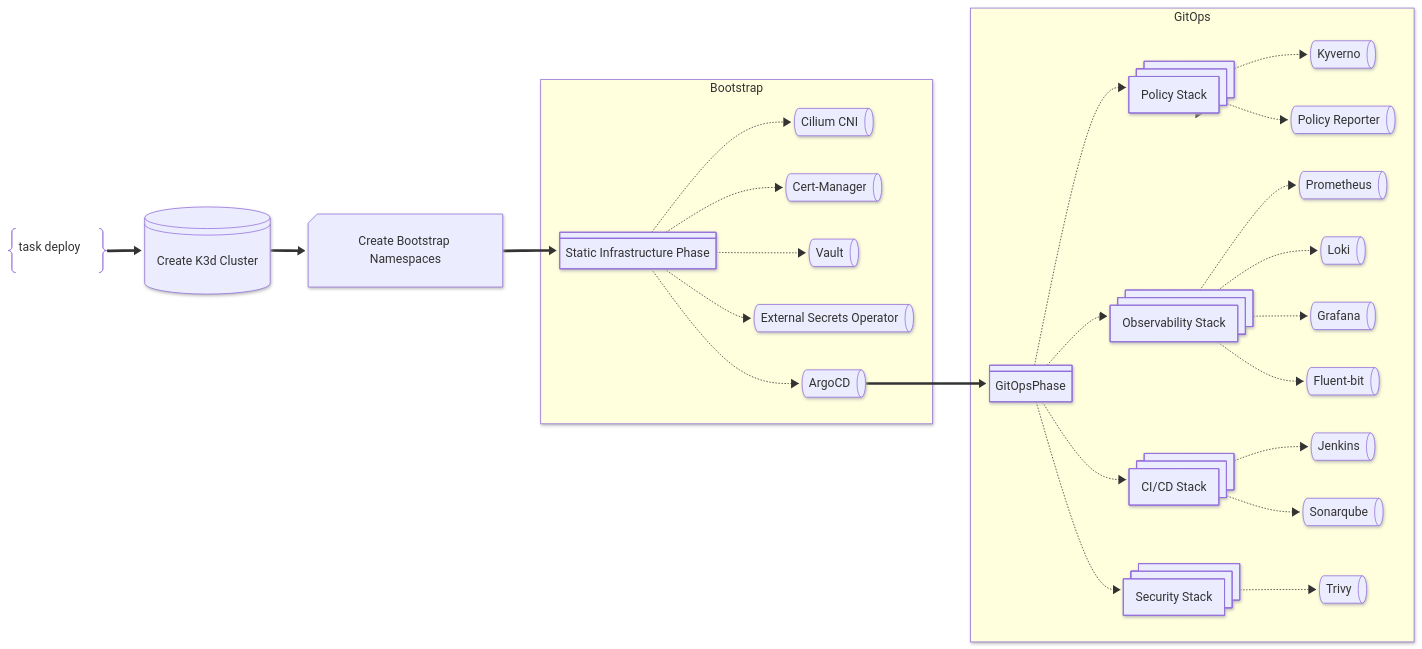
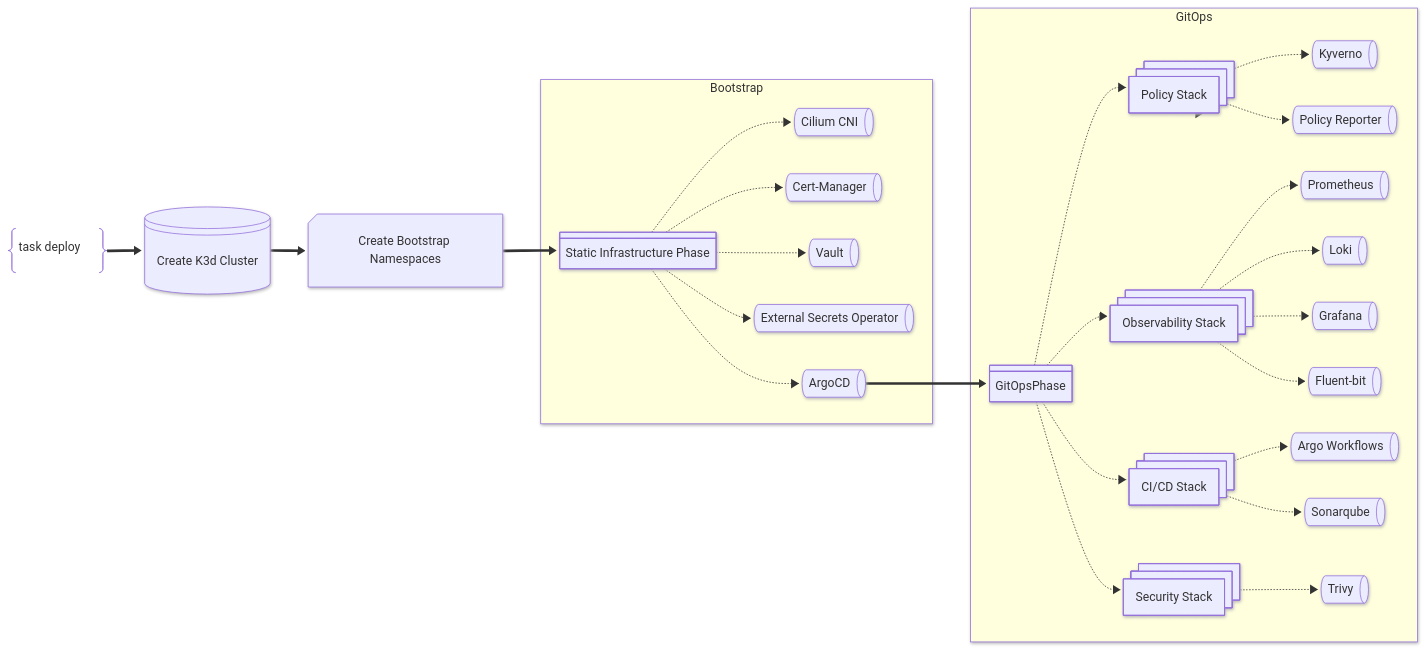
The first of 2 diagrams in README.md (rou-cru/idp-blueprint), drawn with Mermaid before and after one commit. The commit also changed other lines of this file and 10 other files, not shown here.

Commit message:
docs(project): update architecture and developer UX

````diff
--- a/README.md
+++ b/README.md
@@ -72,66 +71,66 @@
 ```mermaid
 ---
 config:
   layout: dagre
   look: neo
 ---
 flowchart LR
  subgraph Bootstrap["Bootstrap"]
         StaticPhase["Static Infrastructure Phase"]
         Cilium["Cilium CNI"]
         CertMgr["Cert-Manager"]
         Vault["Vault"]
         ESO["External Secrets Operator"]
         ArgoCD["ArgoCD"]
   end
  subgraph GitOps["GitOps"]
         GitOpsPhase["GitOpsPhase"]
         PolicyStack["Policy Stack"]
         Kyverno["Kyverno"]
         Reporter["Policy Reporter"]
         Obs["Observability Stack"]
         CICD["CI/CD Stack"]
         Sec["Security Stack"]
         Prom["Prometheus"]
         Loki["Loki"]
         Grafana["Grafana"]
         Fluent["Fluent-bit"]
-        Jenkins["Jenkins"]
+        Workflows["Argo Workflows"]
         Sonarqube["Sonarqube"]
         Trivy["Trivy"]
   end
     PolicyStack -.-> Kyverno & Reporter
     Obs -.-> Prom & Grafana & Fluent & Loki
     Start["task deploy"] ==> K3d["Create K3d Cluster"]
     K3d ==> NS["Create Bootstrap Namespaces"]
     NS ==> StaticPhase
     StaticPhase -.-> Cilium & ESO & ArgoCD & CertMgr & Vault
     GitOps --> PolicyStack
-    CICD -.-> Jenkins & Sonarqube
+    CICD -.-> Workflows & Sonarqube
     Sec -.-> Trivy
     ArgoCD ==> GitOpsPhase
     GitOpsPhase -.-> PolicyStack & Obs & CICD & Sec
     StaticPhase@{ shape: div-proc}
     Cilium@{ shape: h-cyl}
     CertMgr@{ shape: h-cyl}
     Vault@{ shape: h-cyl}
     ESO@{ shape: h-cyl}
     ArgoCD@{ shape: h-cyl}
     GitOpsPhase@{ shape: div-proc}
     PolicyStack@{ shape: procs}
     Kyverno@{ shape: h-cyl}
     Reporter@{ shape: h-cyl}
     Obs@{ shape: procs}
     CICD@{ shape: procs}
     Sec@{ shape: procs}
     Prom@{ shape: h-cyl}
     Loki@{ shape: h-cyl}
     Grafana@{ shape: h-cyl}
     Fluent@{ shape: h-cyl}
-    Jenkins@{ shape: h-cyl}
+    Workflows@{ shape: h-cyl}
     Sonarqube@{ shape: h-cyl}
     Trivy@{ shape: h-cyl}
     Start@{ shape: braces}
     K3d@{ shape: disk}
     NS@{ shape: card}
 ```
````
